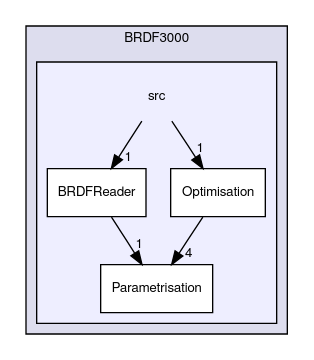
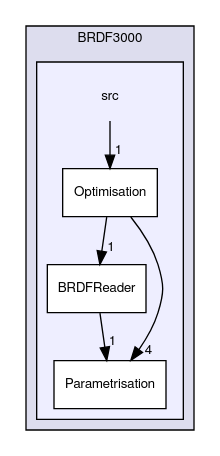
The diagram in docs/dir_5e89fe66524bd877de99e4bb07661e26_dep.dot (bsella/BRDF3000), drawn with Graphviz before and after one commit. The commit also changed 64 other files, not shown here.

```diff
--- a/docs/dir_5e89fe66524bd877de99e4bb07661e26_dep.dot
+++ b/docs/dir_5e89fe66524bd877de99e4bb07661e26_dep.dot
@@ -1,19 +1,19 @@
 digraph "src" {
   compound=true
   node [ fontsize="10", fontname="FreeSans"];
   edge [ labelfontsize="10", labelfontname="FreeSans"];
   subgraph clusterdir_35041b160eee08ecefe6f5f9642ab103 {
     graph [ bgcolor="#ddddee", pencolor="black", label="BRDF3000" fontname="FreeSans", fontsize="10", URL="dir_35041b160eee08ecefe6f5f9642ab103.html"]
   subgraph clusterdir_5e89fe66524bd877de99e4bb07661e26 {
     graph [ bgcolor="#eeeeff", pencolor="black", label="" URL="dir_5e89fe66524bd877de99e4bb07661e26.html"];
     dir_5e89fe66524bd877de99e4bb07661e26 [shape=plaintext label="src"];
     dir_e91d28bcaf0317c98f75133c4b1fed0b [shape=box label="BRDFReader" color="black" fillcolor="white" style="filled" URL="dir_e91d28bcaf0317c98f75133c4b1fed0b.html"];
     dir_14b1bd7493e69cb52e0f610a7e38e44e [shape=box label="Optimisation" color="black" fillcolor="white" style="filled" URL="dir_14b1bd7493e69cb52e0f610a7e38e44e.html"];
     dir_999454234ede5981bc76c28bebd84574 [shape=box label="Parametrisation" color="black" fillcolor="white" style="filled" URL="dir_999454234ede5981bc76c28bebd84574.html"];
   }
   }
   dir_5e89fe66524bd877de99e4bb07661e26->dir_14b1bd7493e69cb52e0f610a7e38e44e [headlabel="1", labeldistance=1.5 headhref="dir_000007_000008.html"];
-  dir_5e89fe66524bd877de99e4bb07661e26->dir_e91d28bcaf0317c98f75133c4b1fed0b [headlabel="1", labeldistance=1.5 headhref="dir_000007_000009.html"];
   dir_14b1bd7493e69cb52e0f610a7e38e44e->dir_999454234ede5981bc76c28bebd84574 [headlabel="4", labeldistance=1.5 headhref="dir_000008_000010.html"];
+  dir_14b1bd7493e69cb52e0f610a7e38e44e->dir_e91d28bcaf0317c98f75133c4b1fed0b [headlabel="1", labeldistance=1.5 headhref="dir_000008_000009.html"];
   dir_e91d28bcaf0317c98f75133c4b1fed0b->dir_999454234ede5981bc76c28bebd84574 [headlabel="1", labeldistance=1.5 headhref="dir_000009_000010.html"];
 }
```
